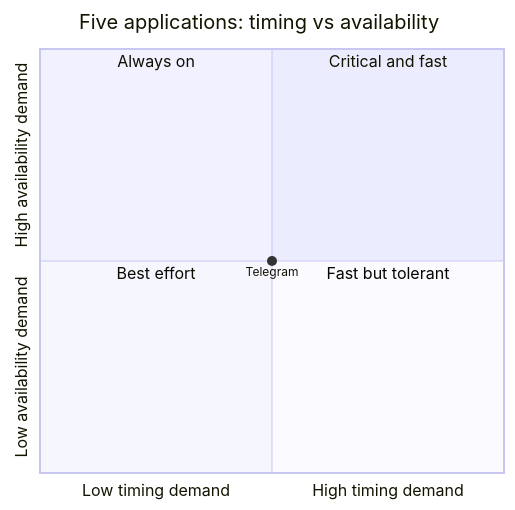
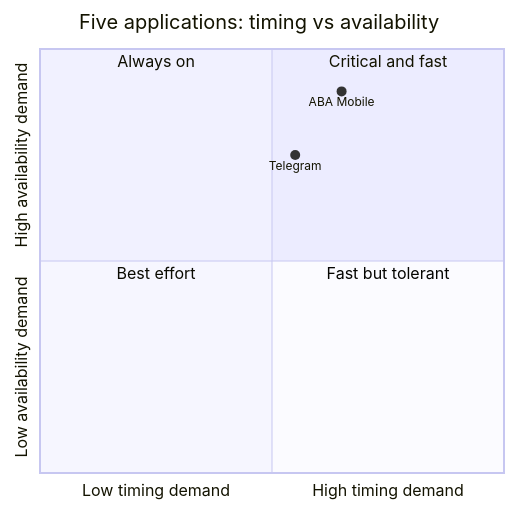
Before and after one commit to KageKishi/clubhub-ISE-4G: the diagram in lab02/app-quadrant.mmd, drawn with Mermaid. The commit also changed 1 other file, not shown here.

```diff
--- a/lab02/app-quadrant.mmd
+++ b/lab02/app-quadrant.mmd
@@ -1,10 +1,10 @@
 quadrantChart
-  title Five applications: timing vs availability
-  x-axis Low timing demand --> High timing demand
-  y-axis Low availability demand --> High availability demand
-  quadrant-1 Critical and fast
-  quadrant-2 Always on
-  quadrant-3 Best effort
-  quadrant-4 Fast but tolerant
-  Telegram: [0.50, 0.50]
-  %% TODO: move Telegram, then add the other four (values 0 to 1)
+    title Five applications: timing vs availability
+    x-axis Low timing demand --> High timing demand
+    y-axis Low availability demand --> High availability demand
+    quadrant-1 Critical and fast
+    quadrant-2 Always on
+    quadrant-3 Best effort
+    quadrant-4 Fast but tolerant
+    ABA Mobile: [0.65, 0.90]
+    Telegram: [0.55, 0.75]
```
